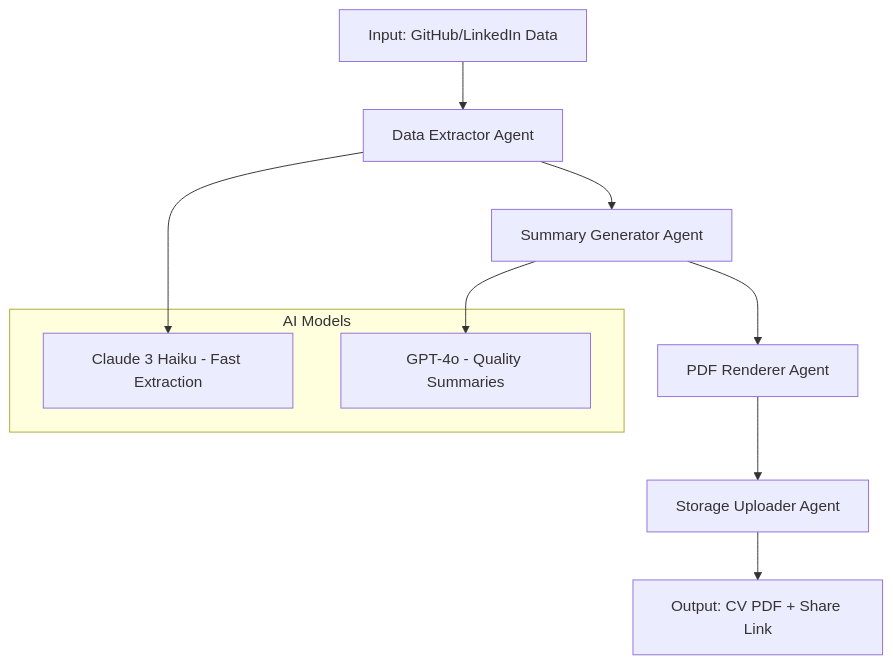
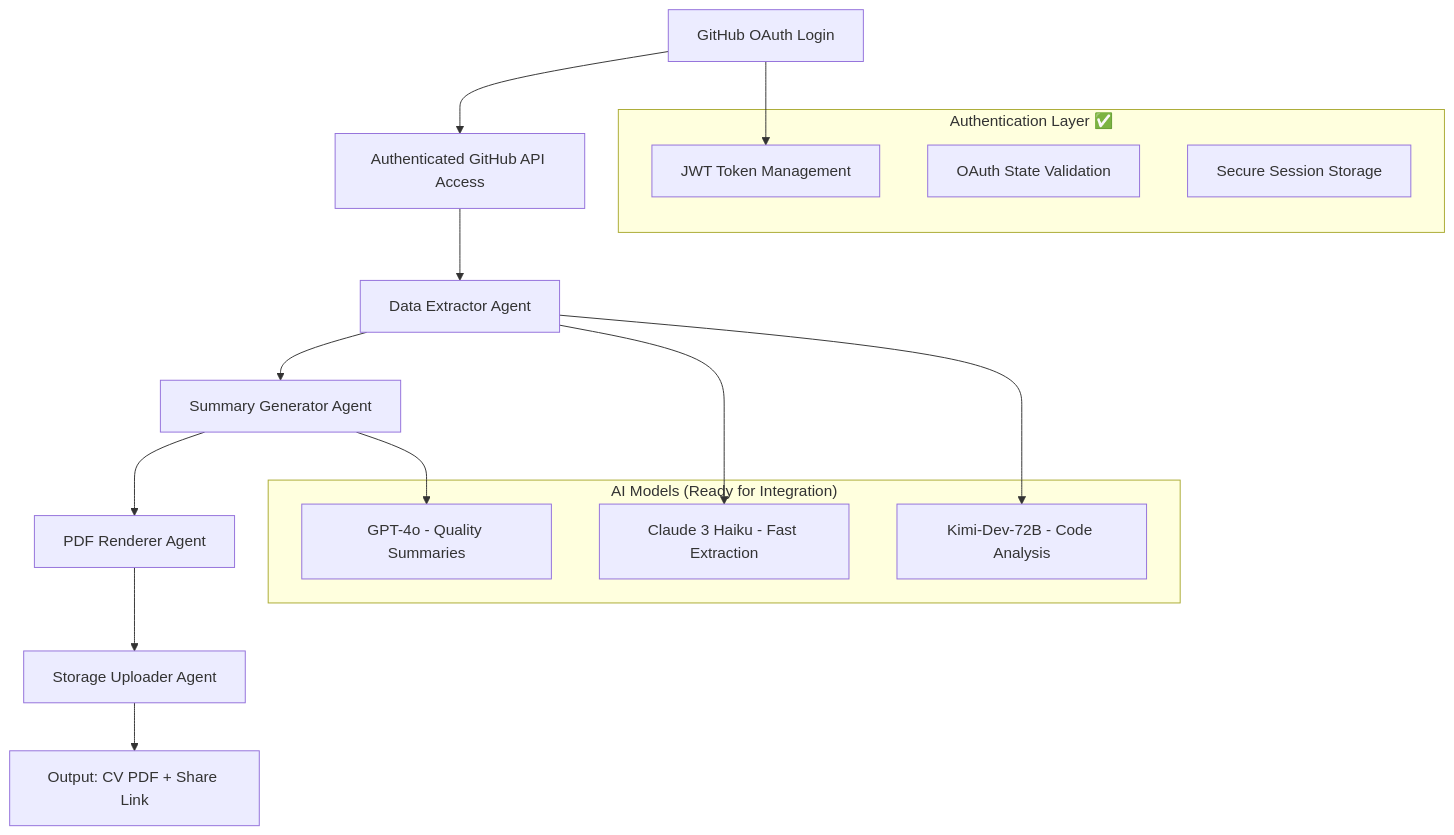
One commit to vizi2000/borg-tools-mvp changed the diagram in agents.md. Above: the diagram before and after it, drawn with Mermaid. The commit also changed other lines of this file and 4 other files, not shown here.

````diff
--- a/agents.md
+++ b/agents.md
@@ -9,16 +14,26 @@
 ```mermaid
 graph TD
-    A[Input: GitHub/LinkedIn Data] --> B[Data Extractor Agent]
-    B --> C[Summary Generator Agent]
-    C --> D[PDF Renderer Agent]
-    D --> E[Storage Uploader Agent]
-    E --> F[Output: CV PDF + Share Link]
+    A[GitHub OAuth Login] --> B[Authenticated GitHub API Access]
+    B --> C[Data Extractor Agent]
+    C --> D[Summary Generator Agent]
+    D --> E[PDF Renderer Agent]
+    E --> F[Storage Uploader Agent]
+    F --> G[Output: CV PDF + Share Link]
     
-    subgraph "AI Models"
-        G[Claude 3 Haiku - Fast Extraction]
-        H[GPT-4o - Quality Summaries]
+    subgraph "Authentication Layer ✅"
+        H[JWT Token Management]
+        I[OAuth State Validation]
+        J[Secure Session Storage]
     end
     
-    B --> G
-    C --> H
+    subgraph "AI Models (Ready for Integration)"
+        K[Claude 3 Haiku - Fast Extraction]
+        L[GPT-4o - Quality Summaries]
+        M[Kimi-Dev-72B - Code Analysis]
+    end
+    
+    A --> H
+    C --> K
+    D --> L
+    C --> M
 ```
````
